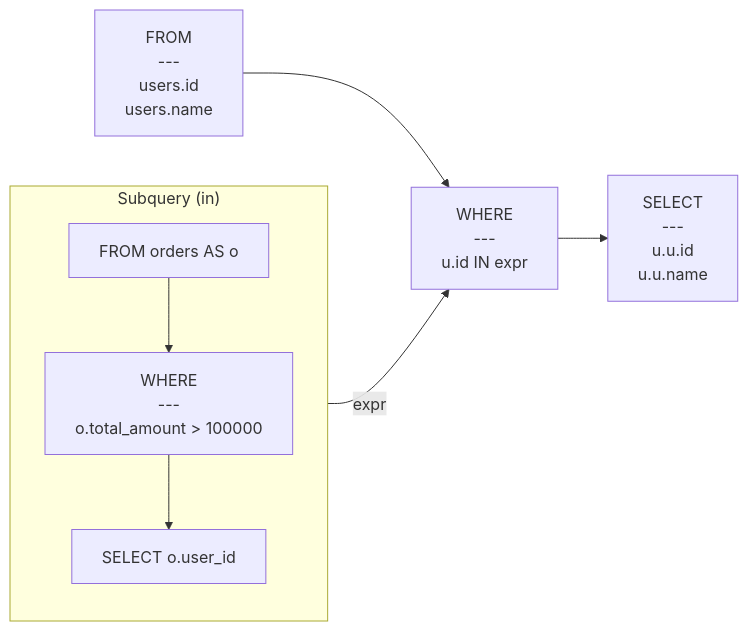
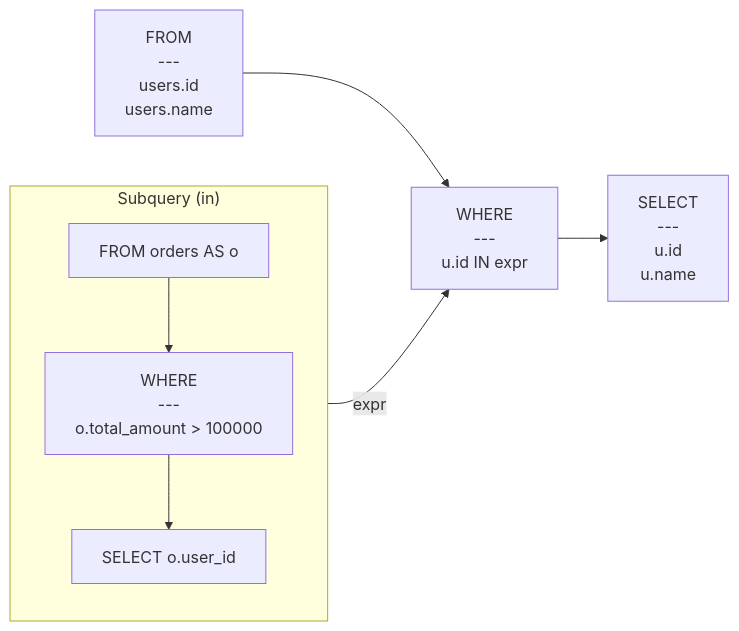
Before and after one commit to rot1024/sqloflow: the diagram in examples/subquery_in.mmd, drawn with Mermaid. The commit also changed 13 other files, not shown here.

```diff
--- a/examples/subquery_in.mmd
+++ b/examples/subquery_in.mmd
@@ -1,15 +1,15 @@
 flowchart LR
     node_0["FROM<br/>---<br/>users.id<br/>users.name"]
     node_1["WHERE<br/>---<br/>u.id IN expr"]
     subgraph subquery_node_2 ["Subquery (in)"]
         direction TB
         subq_0_node_0[FROM orders AS o]
         subq_0_node_1["WHERE<br/>---<br/>o.total_amount &gt; 100000"]
         subq_0_node_2["SELECT o.user_id"]
         subq_0_node_0 --> subq_0_node_1
         subq_0_node_1 --> subq_0_node_2
     end
     subq_0_node_2 -->|expr| node_1
-    node_3["SELECT<br/>---<br/>u.u.id<br/>u.u.name"]
+    node_3["SELECT<br/>---<br/>u.id<br/>u.name"]
     node_0 --> node_1
     node_1 --> node_3
```
